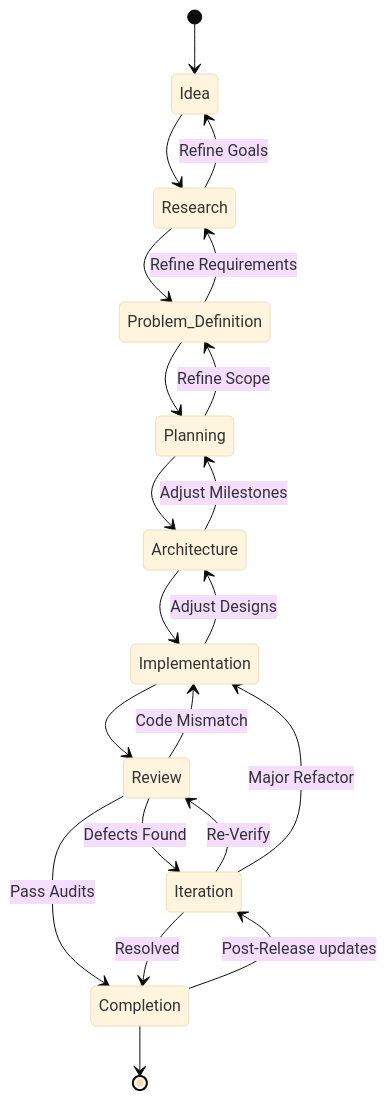
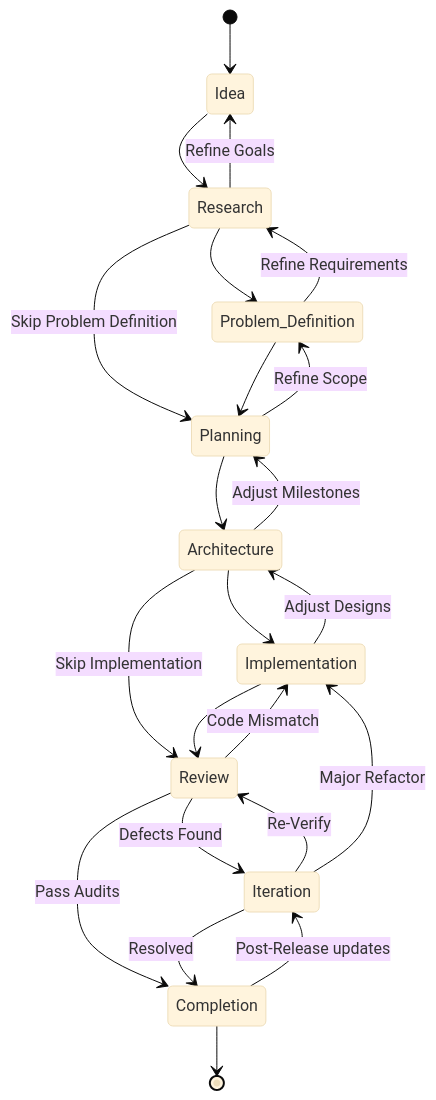
The diagram in docs/diagrams/engineering-pipeline.md (sahil-mangla/atlas), drawn with Mermaid (base theme) before and after one commit. The commit also changed other lines of this file and 5 other files, not shown here.

Commit message:
Sync workflow docs/diagrams with the real transition graph and guard against drift (RC-005)

````diff
--- a/docs/diagrams/engineering-pipeline.md
+++ b/docs/diagrams/engineering-pipeline.md
@@ -5,23 +11,25 @@
 ```mermaid
 stateDiagram-v2
     [*] --> Idea
     Idea --> Research
     Research --> Problem_Definition
+    Research --> Planning : Skip Problem Definition
     Research --> Idea : Refine Goals
     Problem_Definition --> Planning
     Problem_Definition --> Research : Refine Requirements
     Planning --> Architecture
     Planning --> Problem_Definition : Refine Scope
     Architecture --> Implementation
+    Architecture --> Review : Skip Implementation
     Architecture --> Planning : Adjust Milestones
     Implementation --> Review
     Implementation --> Architecture : Adjust Designs
     Review --> Iteration : Defects Found
     Review --> Completion : Pass Audits
     Review --> Implementation : Code Mismatch
     Iteration --> Completion : Resolved
     Iteration --> Review : Re-Verify
     Iteration --> Implementation : Major Refactor
     Completion --> Iteration : Post-Release updates
     Completion --> [*]
 ```
````
